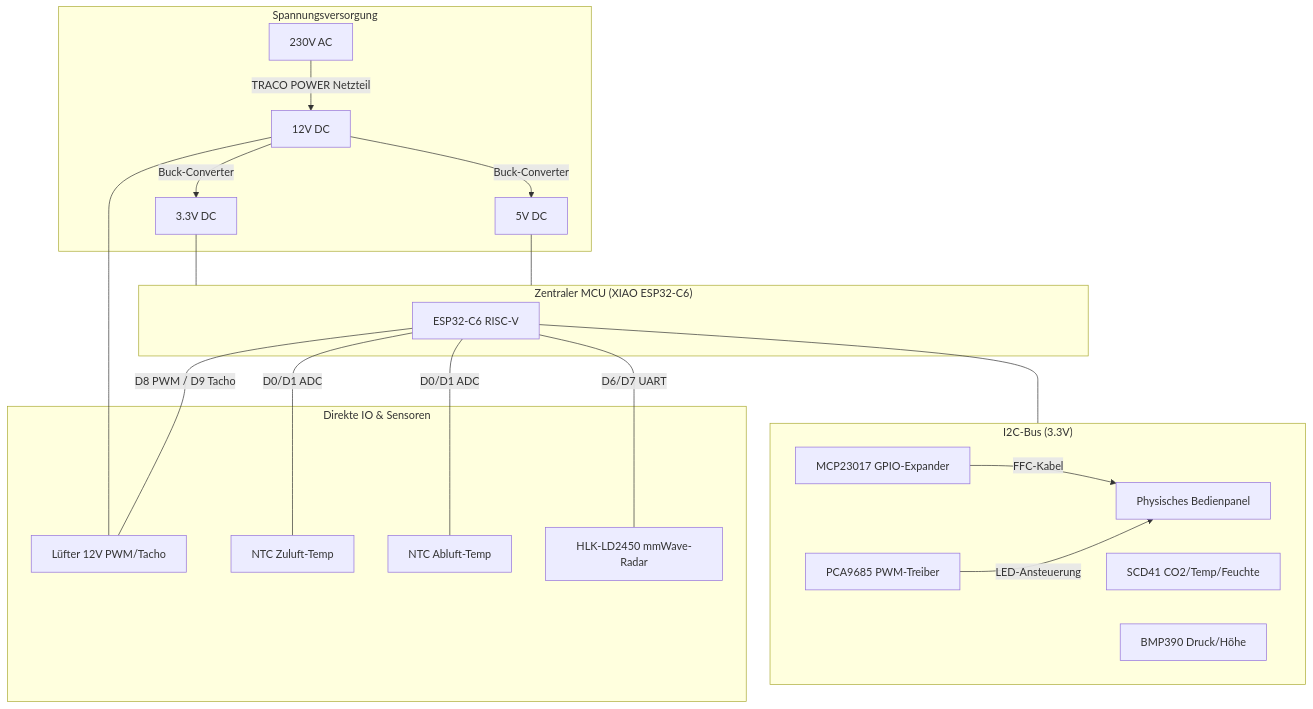
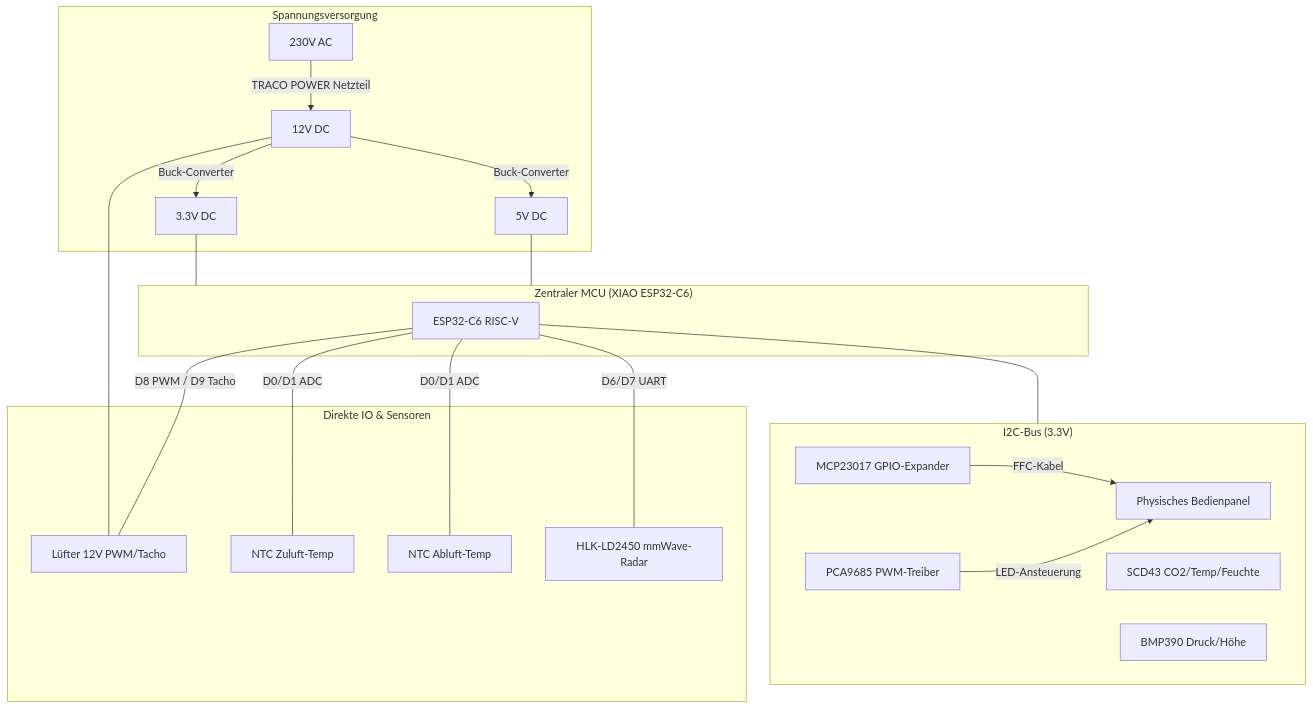
The first of 2 diagrams in documentation/de/de_system-architecture.md (thomasengeroff-dotcom/ESPHome-Wohnraumlueftung), drawn with Mermaid before and after one commit. The commit also changed other lines of this file and 29 other files, not shown here.

````diff
--- a/documentation/de/de_system-architecture.md
+++ b/documentation/de/de_system-architecture.md
@@ -11,36 +11,36 @@
 ```mermaid
 graph TB
     subgraph MCU ["Zentraler MCU (XIAO ESP32-C6)"]
         ESP32[ESP32-C6 RISC-V]
     end
 
     subgraph I2C_Bus ["I2C-Bus (3.3V)"]
         MCP[MCP23017 GPIO-Expander] -->|FFC-Kabel| Panel[Physisches Bedienpanel]
         PCA[PCA9685 PWM-Treiber] -->|LED-Ansteuerung| Panel
-        SCD[SCD41 CO2/Temp/Feuchte]
+        SCD[SCD43 CO2/Temp/Feuchte]
         BMP[BMP390 Druck/Höhe]
     end
 
     subgraph Direct_IO ["Direkte IO & Sensoren"]
         Fan[Lüfter 12V PWM/Tacho]
         NTC_In[NTC Zuluft-Temp]
         NTC_Out[NTC Abluft-Temp]
         Radar[HLK-LD2450 mmWave-Radar]
     end
 
     subgraph Power ["Spannungsversorgung"]
         AC[230V AC] -->|TRACO POWER Netzteil| 12V[12V DC]
         12V -->|Buck-Converter| 5V[5V DC]
         12V -->|Buck-Converter| 3V3[3.3V DC]
     end
 
     ESP32 --- I2C_Bus
     ESP32 ---|D8 PWM / D9 Tacho| Fan
     ESP32 ---|D0/D1 ADC| NTC_In
     ESP32 ---|D0/D1 ADC| NTC_Out
     ESP32 ---|D6/D7 UART| Radar
     
     5V --- MCU
     3V3 --- MCU
     12V --- Fan
 ```
````
